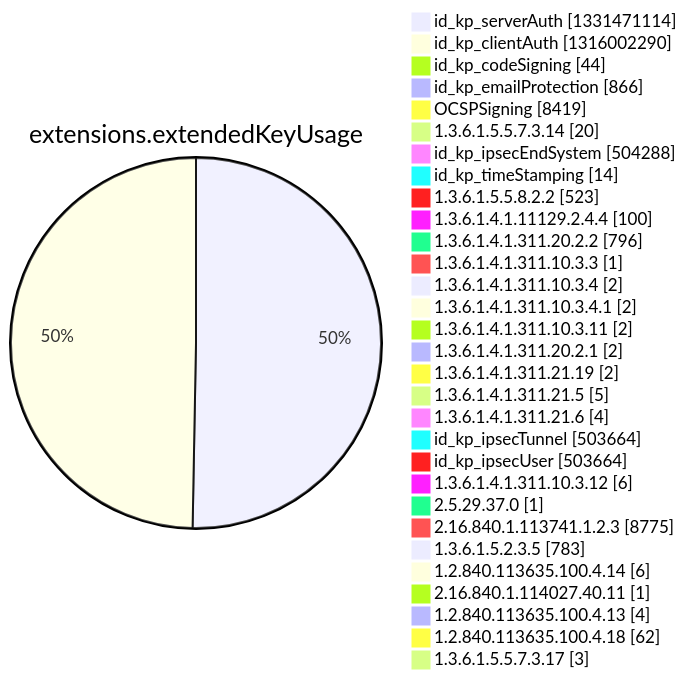
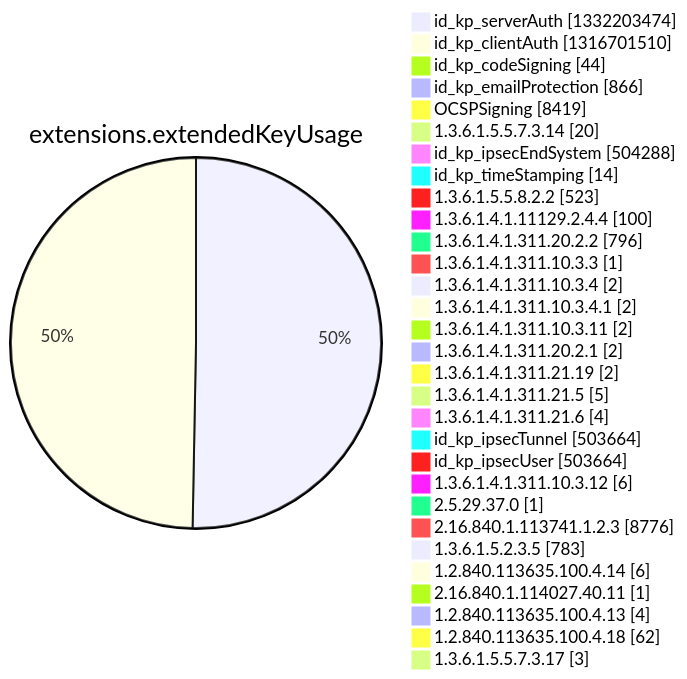
Diagram 12 of 15 in argon2022/README.md (christiankrug/ctmonitor_visualization), drawn with Mermaid before and after one commit. The commit also changed other lines of this file, not shown here.

````diff
--- a/argon2022/README.md
+++ b/argon2022/README.md
@@ -3553,34 +3553,34 @@
 ```mermaid
 pie showData
 title extensions.extendedKeyUsage
-"id_kp_serverAuth" :1331471114
-"id_kp_clientAuth" :1316002290
+"id_kp_serverAuth" :1332203474
+"id_kp_clientAuth" :1316701510
 "id_kp_codeSigning" :44
 "id_kp_emailProtection" :866
 "OCSPSigning" :8419
 "1.3.6.1.5.5.7.3.14" :20
 "id_kp_ipsecEndSystem" :504288
 "id_kp_timeStamping" :14
 "1.3.6.1.5.5.8.2.2" :523
 "1.3.6.1.4.1.11129.2.4.4" :100
 "1.3.6.1.4.1.311.20.2.2" :796
 "1.3.6.1.4.1.311.10.3.3" :1
 "1.3.6.1.4.1.311.10.3.4" :2
 "1.3.6.1.4.1.311.10.3.4.1" :2
 "1.3.6.1.4.1.311.10.3.11" :2
 "1.3.6.1.4.1.311.20.2.1" :2
 "1.3.6.1.4.1.311.21.19" :2
 "1.3.6.1.4.1.311.21.5" :5
 "1.3.6.1.4.1.311.21.6" :4
 "id_kp_ipsecTunnel" :503664
 "id_kp_ipsecUser" :503664
 "1.3.6.1.4.1.311.10.3.12" :6
 "2.5.29.37.0" :1
-"2.16.840.1.113741.1.2.3" :8775
+"2.16.840.1.113741.1.2.3" :8776
 "1.3.6.1.5.2.3.5" :783
 "1.2.840.113635.100.4.14" :6
 "2.16.840.1.114027.40.11" :1
 "1.2.840.113635.100.4.13" :4
 "1.2.840.113635.100.4.18" :62
 "1.3.6.1.5.5.7.3.17" :3
 ```
````
